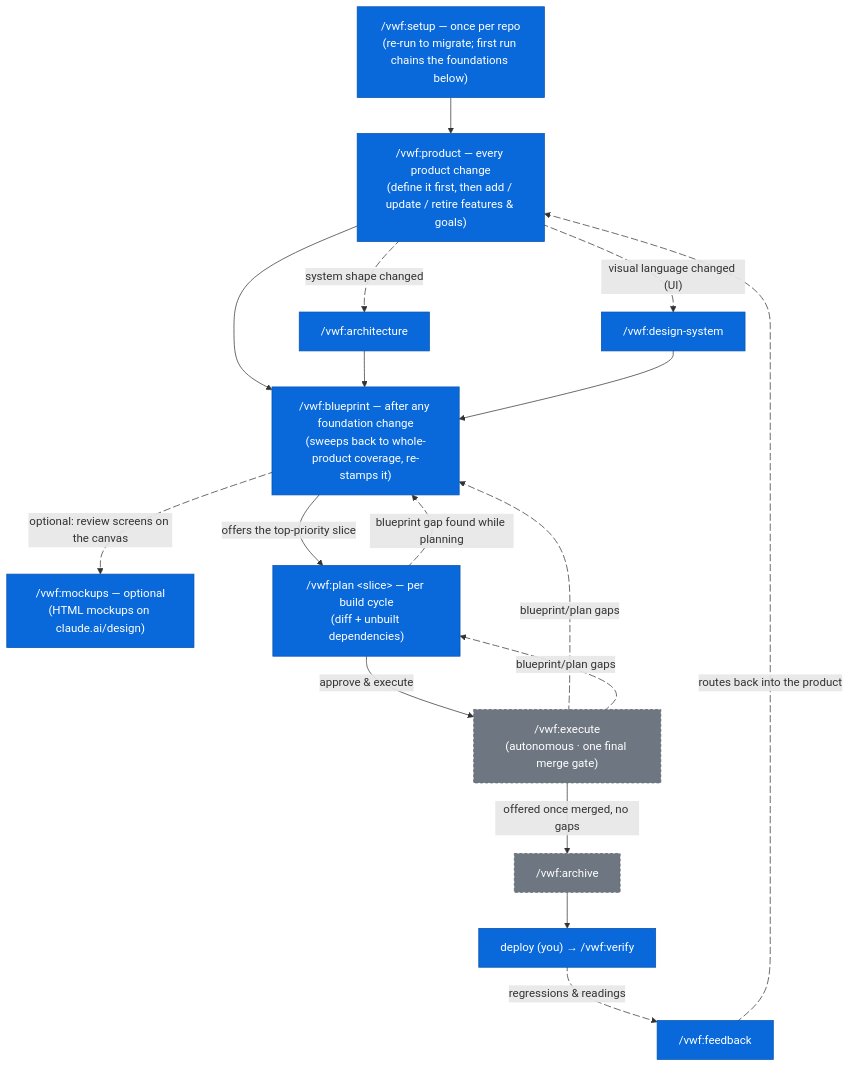
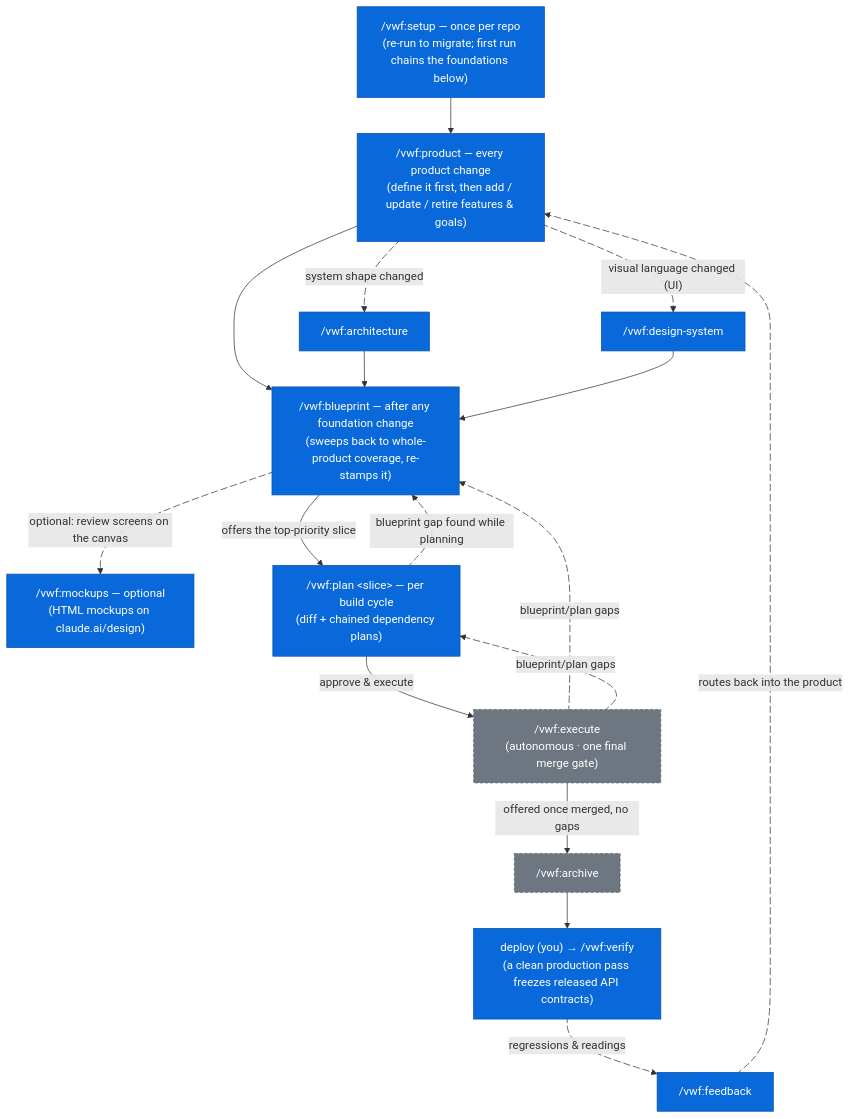
The first of 2 diagrams in readme.md (virajp/ai-plugins), drawn with Mermaid before and after one commit. The commit also changed other lines of this file and 67 other files, not shown here.

First line of the commit message:
feat(vwf): flow-first blueprint (format 9), chained plans, release-frozen API contracts

````diff
--- a/readme.md
+++ b/readme.md
@@ -153,30 +170,30 @@
 ```mermaid
 flowchart TD
     S["/vwf:setup — once per repo<br/>(re-run to migrate; first run chains the foundations below)"]:::user
     S --> P["/vwf:product — every product change<br/>(define it first, then add / update / retire features & goals)"]:::user
     P e1@-. "system shape changed" .-> A["/vwf:architecture"]:::user
     P e2@-. "visual language changed (UI)" .-> DS["/vwf:design-system"]:::user
     P --> B["/vwf:blueprint — after any foundation change<br/>(sweeps back to whole-product coverage, re-stamps it)"]:::user
     A --> B
     DS --> B
     B e8@-. "optional: review screens on the canvas" .-> M["/vwf:mockups — optional<br/>(HTML mockups on claude.ai/design)"]:::user
-    B -->|"offers the top-priority slice"| C["/vwf:plan &lt;slice&gt; — per build cycle<br/>(diff + unbuilt dependencies)"]:::user
+    B -->|"offers the top-priority slice"| C["/vwf:plan &lt;slice&gt; — per build cycle<br/>(diff + chained dependency plans)"]:::user
     C -->|"approve & execute"| D["/vwf:execute<br/>(autonomous · one final merge gate)"]:::chained
     D -->|"offered once merged, no gaps"| E["/vwf:archive"]:::chained
-    E --> V["deploy (you) → /vwf:verify"]:::user
+    E --> V["deploy (you) → /vwf:verify<br/>(a clean production pass freezes released API contracts)"]:::user
     V e3@-. "regressions & readings" .-> FB["/vwf:feedback"]:::user
     FB e4@-. "routes back into the product" .-> P
     D e5@-. "blueprint/plan gaps" .-> B
     D e6@-. "blueprint/plan gaps" .-> C
     C e7@-. "blueprint gap found while planning" .-> B
     e1@{ animate: true }
     e2@{ animate: true }
     e3@{ animate: true }
     e4@{ animate: true }
     e5@{ animate: true }
     e6@{ animate: true }
     e7@{ animate: true }
     e8@{ animate: true }
     classDef user fill:#0969da,stroke:#0550ae,color:#ffffff
     classDef chained fill:#6e7781,stroke:#57606a,color:#ffffff,stroke-dasharray:4 3
 ```
````
